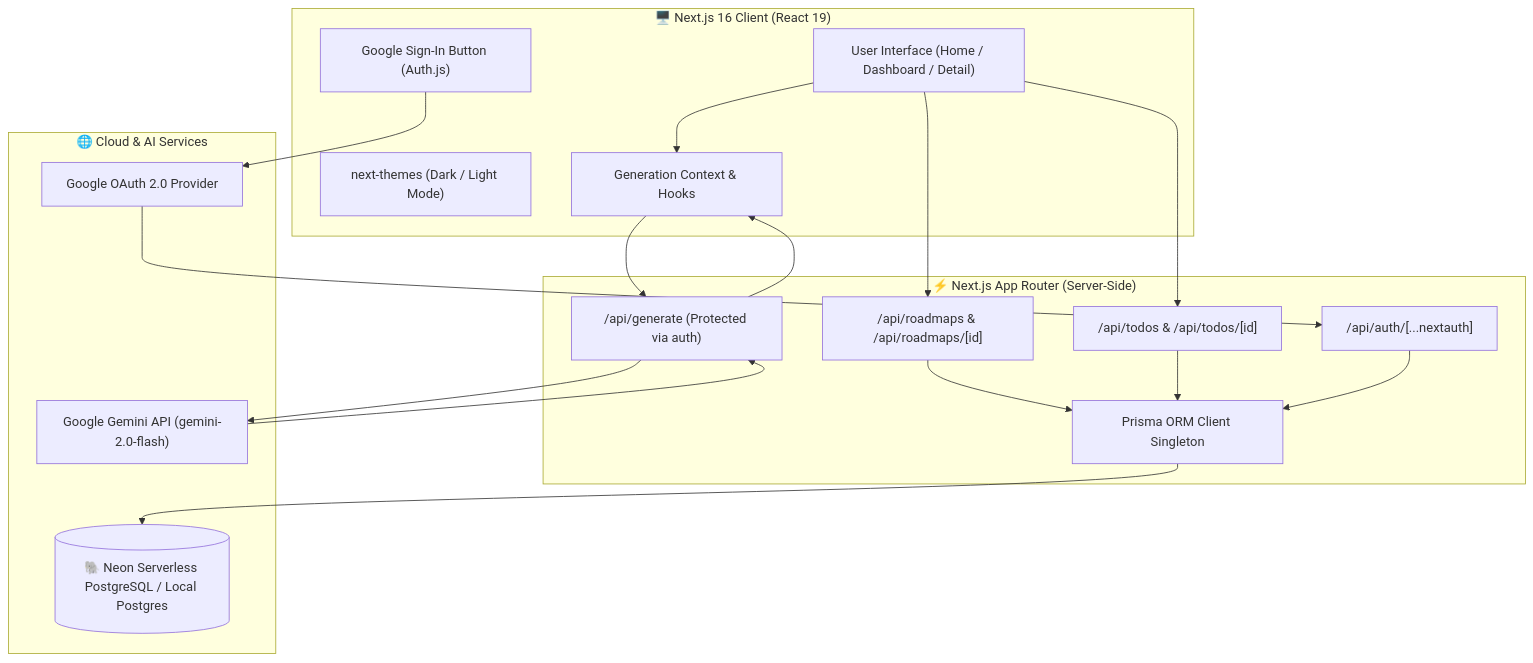
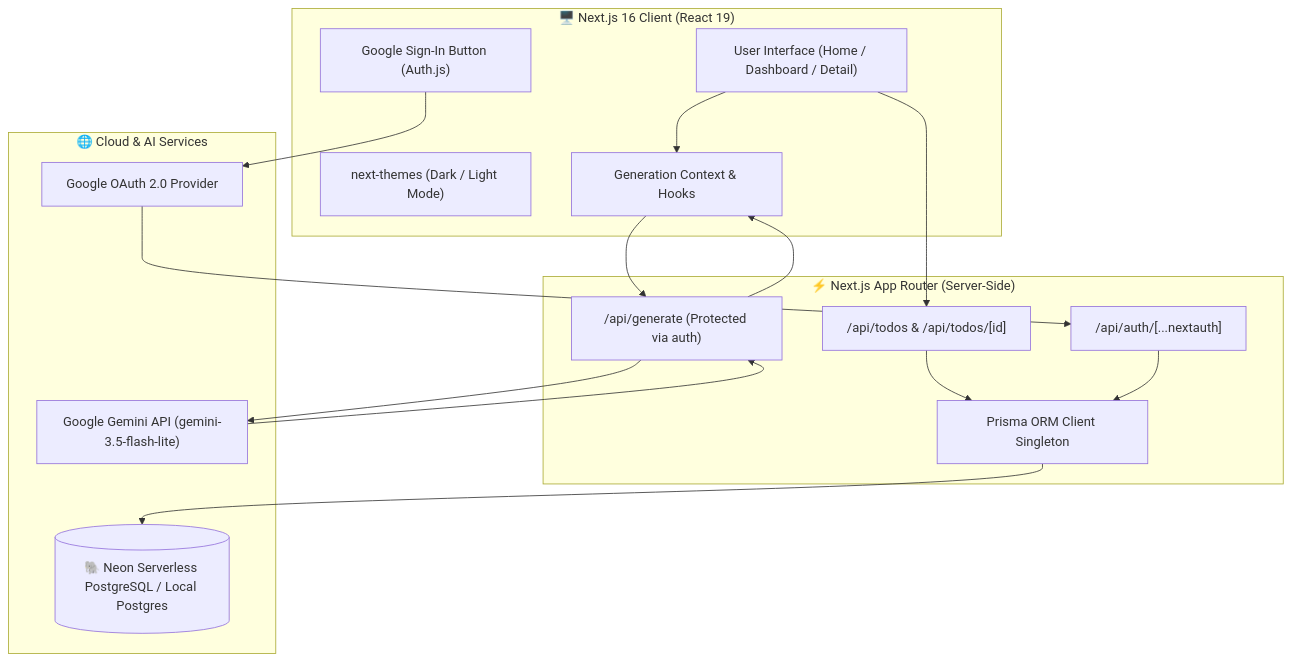
The first of 2 diagrams in README.md (raghulkannan-s/roadmap), drawn with Mermaid before and after one commit. The commit also changed other lines of this file and 26 other files, not shown here.

````diff
--- a/README.md
+++ b/README.md
@@ -49,38 +49,35 @@
 ```mermaid
 flowchart TD
     subgraph Client["🖥️ Next.js 16 Client (React 19)"]
         UI["User Interface (Home / Dashboard / Detail)"]
         Theme["next-themes (Dark / Light Mode)"]
         AuthUI["Google Sign-In Button (Auth.js)"]
         State["Generation Context & Hooks"]
     end
 
     subgraph Server["⚡ Next.js App Router (Server-Side)"]
         AuthRoute["/api/auth/[...nextauth]"]
         GenRoute["/api/generate (Protected via auth)"]
-        RoadmapRoute["/api/roadmaps & /api/roadmaps/[id]"]
         TodoRoute["/api/todos & /api/todos/[id]"]
         PrismaClient["Prisma ORM Client Singleton"]
     end
 
     subgraph External["🌐 Cloud & AI Services"]
         GoogleAuth["Google OAuth 2.0 Provider"]
-        GeminiAI["Google Gemini API (gemini-2.0-flash)"]
+        GeminiAI["Google Gemini API (gemini-3.5-flash-lite)"]
         NeonDB[("🐘 Neon Serverless PostgreSQL / Local Postgres")]
     end
 
     UI --> State
     AuthUI --> GoogleAuth
     GoogleAuth --> AuthRoute
     State --> GenRoute
     GenRoute --> GeminiAI
     GeminiAI --> GenRoute
     GenRoute --> State
 
-    UI --> RoadmapRoute
     UI --> TodoRoute
-    RoadmapRoute --> PrismaClient
     TodoRoute --> PrismaClient
     AuthRoute --> PrismaClient
     PrismaClient --> NeonDB
 ```
````
